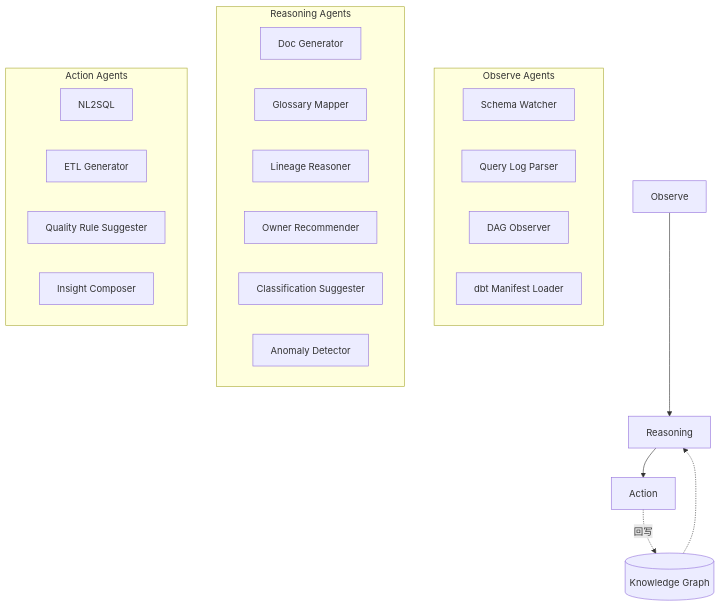
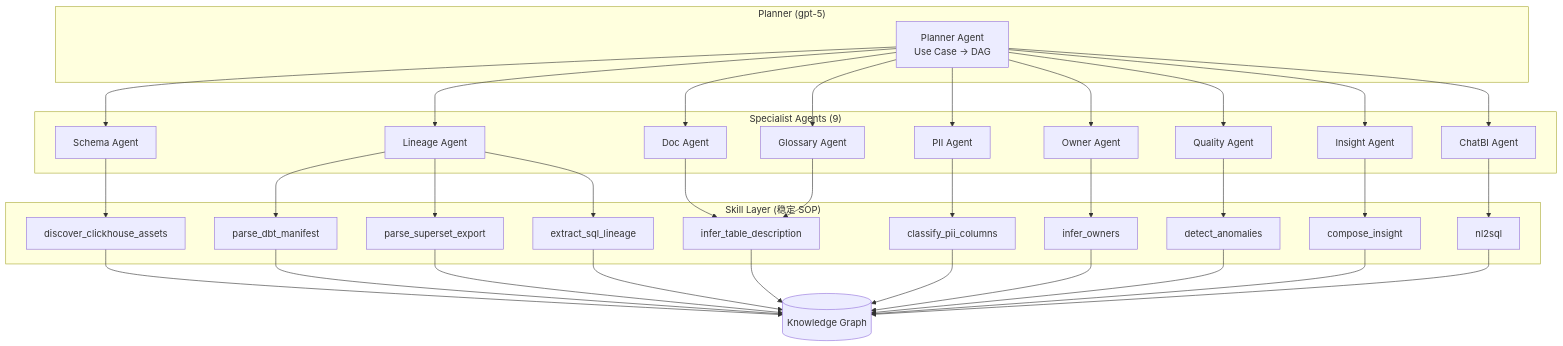
Before and after one commit to gavenlv/idm: the second of 10 diagrams in docs/design/ai-driven-design.md, drawn with Mermaid. The commit also changed other lines of this file and 92 other files, not shown here.

````diff
--- a/docs/design/ai-driven-design.md
+++ b/docs/design/ai-driven-design.md
@@ -78,27 +85,44 @@
 ```mermaid
 flowchart TB
-    subgraph Observe Agents
-        O1[Schema Watcher]
-        O2[Query Log Parser]
-        O3[DAG Observer]
-        O4[dbt Manifest Loader]
+    subgraph "Planner (gpt-5)"
+        P[Planner Agent<br/>Use Case → DAG]
     end
-    subgraph Reasoning Agents
-        R1[Doc Generator]
-        R2[Glossary Mapper]
-        R3[Lineage Reasoner]
-        R4[Owner Recommender]
-        R5[Classification Suggester]
-        R6[Anomaly Detector]
+
+    subgraph "Specialist Agents (9)"
+        A1[Schema Agent]
+        A2[Lineage Agent]
+        A3[Doc Agent]
+        A4[PII Agent]
+        A5[Owner Agent]
+        A6[Quality Agent]
+        A7[Insight Agent]
+        A8[ChatBI Agent]
+        A9[Glossary Agent]
     end
-    subgraph Action Agents
-        A1[NL2SQL]
-        A2[ETL Generator]
-        A3[Quality Rule Suggester]
-        A4[Insight Composer]
+
+    subgraph "Skill Layer (稳定 SOP)"
+        S1[discover_clickhouse_assets]
+        S2[parse_dbt_manifest]
+        S3[parse_superset_export]
+        S4[extract_sql_lineage]
+        S5[infer_table_description]
+        S6[classify_pii_columns]
+        S7[infer_owners]
+        S8[detect_anomalies]
+        S9[compose_insight]
+        S10[nl2sql]
     end
-    Observe --> Reasoning
-    Reasoning --> Action
-    Action -.->|回写| KG[(Knowledge Graph)]
-    KG -.-> Reasoning
+
+    P --> A1 & A2 & A3 & A4 & A5 & A6 & A7 & A8 & A9
+    A1 --> S1
+    A2 --> S2 & S3 & S4
+    A3 --> S5
+    A4 --> S6
+    A5 --> S7
+    A6 --> S8
+    A7 --> S9
+    A8 --> S10
+    A9 --> S5
+
+    S1 & S2 & S3 & S4 & S5 & S6 & S7 & S8 & S9 & S10 --> KG[(Knowledge Graph)]
 ```
````
